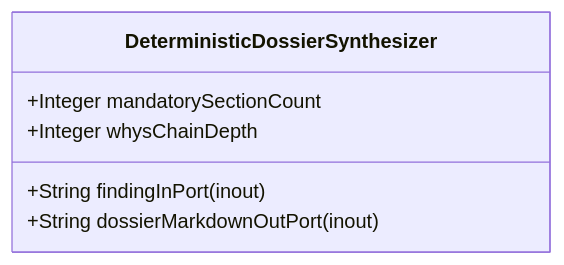
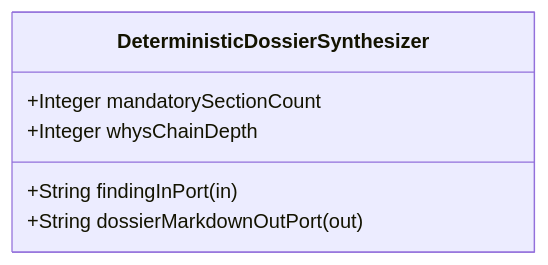
The diagram in .pipeline/upstream/docs/features/FEAT-27-DeterministicDossierSynthesizer.md (gintatkinson/DEAP01-spec-core), drawn with Mermaid before and after one commit. The commit also changed other lines of this file and 213 other files, not shown here.

````diff
--- a/.pipeline/upstream/docs/features/FEAT-27-DeterministicDossierSynthesizer.md
+++ b/.pipeline/upstream/docs/features/FEAT-27-DeterministicDossierSynthesizer.md
@@ -16,9 +16,9 @@
 ```mermaid
 classDiagram
     class DeterministicDossierSynthesizer {
-        +String findingInPort (inout)
-        +String dossierMarkdownOutPort (inout)
+        +String findingInPort (in)
+        +String dossierMarkdownOutPort (out)
         +Integer mandatorySectionCount
         +Integer whysChainDepth
     }
 ```
````
